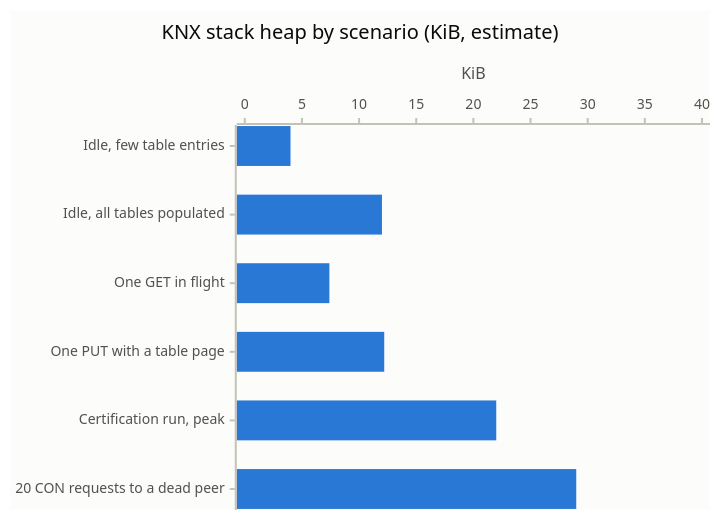
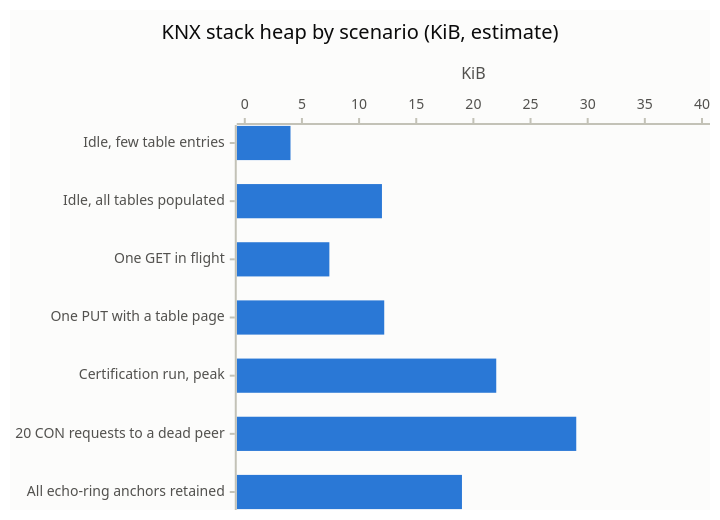
Before and after one commit to Adam-Maciuga/sdk-knx-iot-point-api-stack: the second of 7 diagrams in docs/memory_breakdown.md, drawn with Mermaid. The commit also changed other lines of this file and 4 other files, not shown here.

First line of the commit message:
docs: update echo-ring memory guidance

````diff
--- a/docs/memory_breakdown.md
+++ b/docs/memory_breakdown.md
@@ -243,8 +248,8 @@
 ```mermaid
 %%{init: {"theme": "base", "themeVariables": {"xyChart": {"plotColorPalette": "#2a78d6", "backgroundColor": "#fcfcfb", "titleColor": "#0b0b0b", "xAxisLabelColor": "#52514e", "yAxisLabelColor": "#52514e", "xAxisTitleColor": "#52514e", "yAxisTitleColor": "#52514e", "xAxisLineColor": "#c3c2b7", "yAxisLineColor": "#c3c2b7", "xAxisTickColor": "#c3c2b7", "yAxisTickColor": "#c3c2b7"}}}}%%
 xychart-beta horizontal
     title "KNX stack heap by scenario (KiB, estimate)"
-    x-axis ["Idle, few table entries", "Idle, all tables populated", "One GET in flight", "One PUT with a table page", "Certification run, peak", "20 CON requests to a dead peer"]
+    x-axis ["Idle, few table entries", "Idle, all tables populated", "One GET in flight", "One PUT with a table page", "Certification run, peak", "20 CON requests to a dead peer", "All echo-ring anchors retained"]
     y-axis "KiB" 0 --> 40
-    bar [4, 12, 7.4, 12.2, 22, 29]
+    bar [4, 12, 7.4, 12.2, 22, 29, 19]
 ```
````
